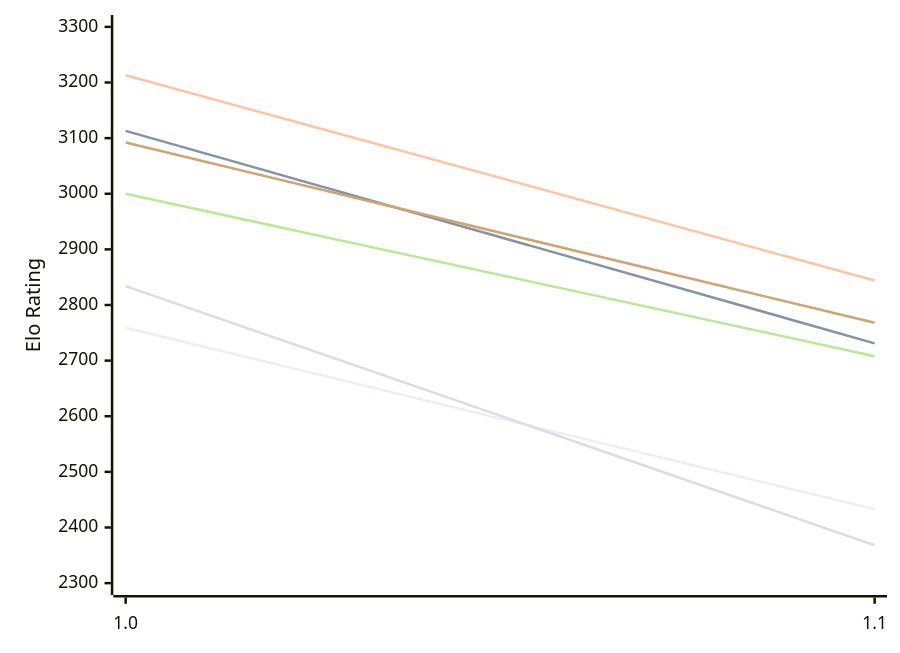
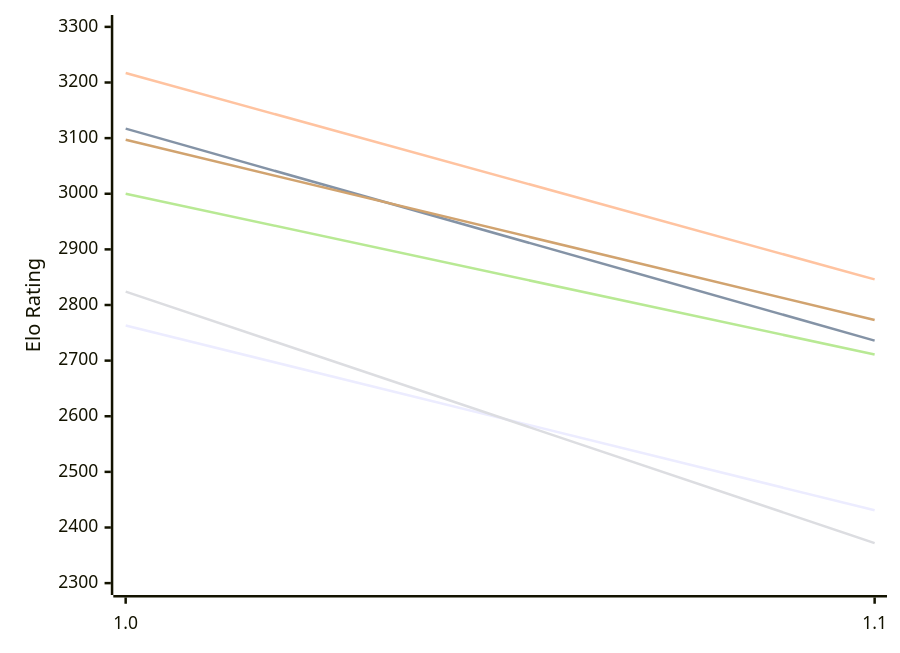
The first of 2 diagrams in engines/Publius.md (computer-chess-index/cci), drawn with Mermaid before and after one commit. The commit also changed other lines of this file, not shown here.

Commit message:
Update CCI Ratings (ELO VLTC) - 2026-11-20

````diff
--- a/engines/Publius.md
+++ b/engines/Publius.md
@@ -50,12 +50,12 @@
 ```mermaid
 %%{init: {"theme":"base","themeVariables":{"seriesColors:['#a3a3a3','#222221','#faa371']}}}%%
 xychart-beta
   x-axis ["1.0", "1.1"]
   y-axis "Elo Rating" 2300 --> 3300
-  line "E1: STC (8.0+0.08s)" [2759, 2433]
-  line "E1: LTC (60.0+0.60s)" [3113, 2731]
-  line "E1: VLTC (2m24s+1.12s)" [3213, 2844]
-  line "P1: STC (8.0+0.08s)" [2834, 2368]
-  line "P1: LTC (60.0+0.60s)" [3000, 2708]
-  line "P1: VLTC (2m24s+1.12s)" [3092, 2768]
+  line "E1: STC (8.0+0.08s)" [2763, 2431]
+  line "E1: LTC (60.0+0.60s)" [3117, 2736]
+  line "E1: VLTC (2m24s+1.12s)" [3217, 2846]
+  line "P1: STC (8.0+0.08s)" [2824, 2372]
+  line "P1: LTC (60.0+0.60s)" [3000, 2711]
+  line "P1: VLTC (2m24s+1.12s)" [3097, 2773]
 ```
````
